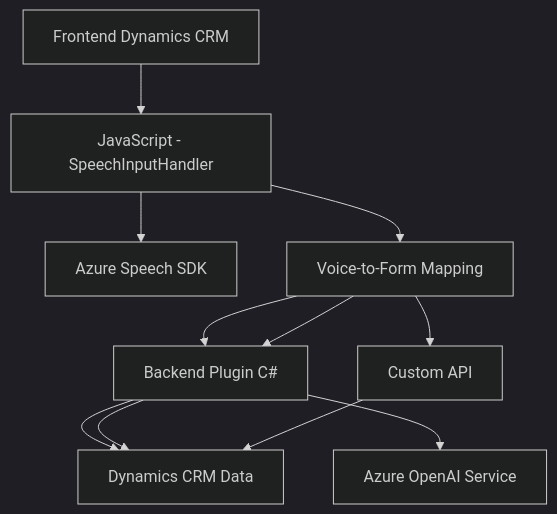
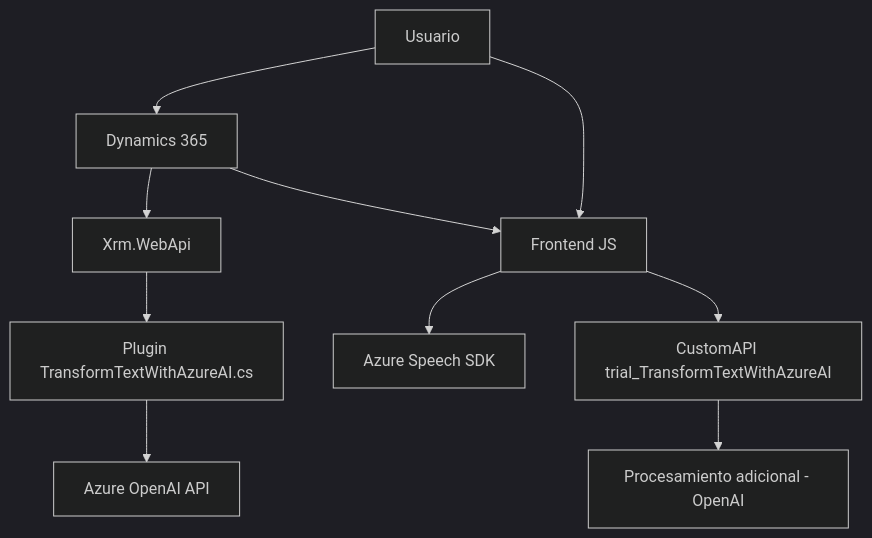
Before and after one commit to blopezdm/NETCORE_BILBAO2025: the diagram in README.md, drawn with Mermaid (dark theme). The commit also changed other lines of this file, not shown here.

````diff
--- a/README.md
+++ b/README.md
@@ -53,18 +60,12 @@
 ```mermaid
 graph TD
-    A["Frontend Dynamics CRM"]
-    B["JavaScript - SpeechInputHandler"]
-    C["Azure Speech SDK"]
-    D["Voice-to-Form Mapping"]
-    E["Azure OpenAI Service"]
-    F["Backend Plugin C#"]
-    G["Dynamics CRM Data"]
-    H["Custom API"]
-
-    A --> B --> C
-    B --> D --> F
-    D --> F --> G
-    F --> E
-    F --> G
-    D --> H --> G
+    User["Usuario"] --> Dynamics365["Dynamics 365"]
+    Dynamics365 --> XrmWebApi["Xrm.WebApi"]
+    XrmWebApi --> Plugin["Plugin TransformTextWithAzureAI.cs"]
+    Plugin --> AzureOpenAI["Azure OpenAI API"]
+    User --> Frontend_JS["Frontend JS"]
+    Frontend_JS --> AzureSpeechSDK["Azure Speech SDK"]
+    Dynamics365 --> Frontend_JS
+    Frontend_JS --> CustomAPI["CustomAPI trial_TransformTextWithAzureAI"]
+    CustomAPI --> AdditionalProcessing["Procesamiento adicional - OpenAI"]
 ```
````
